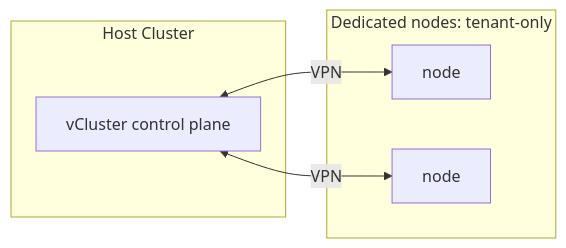
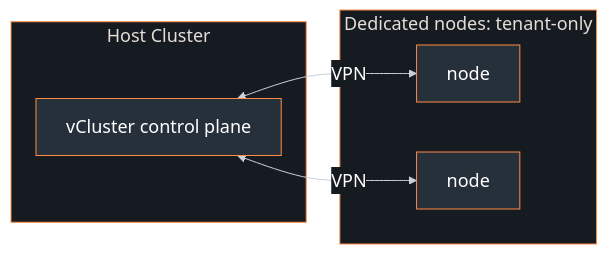
Before and after one commit to Piotr1215/youtube: the second of 4 diagrams in vcluster-multitenancy/presentation.md, drawn with Mermaid. The commit also changed other lines of this file, not shown here.

First line of the commit message:
feat(multitenancy): tighten deck flow and fix vnode demo timing

````diff
--- a/vcluster-multitenancy/presentation.md
+++ b/vcluster-multitenancy/presentation.md
@@ -327,12 +323,13 @@
 ```mermaid +render
+%%{init: {'theme':'base','themeVariables':{'primaryColor':'#26303b','primaryBorderColor':'#ff8c42','primaryTextColor':'#ffffff','secondaryColor':'#26303b','tertiaryColor':'#1b2129','lineColor':'#c9d1d9','textColor':'#ffffff','clusterBkg':'#161b22','clusterBorder':'#ff8c42','edgeLabelBackground':'#161b22','fontSize':'18px'}}}%%
 graph LR
     subgraph HOST["Host Cluster"]
         CP["vCluster control plane"]
     end
     subgraph PRIV["Dedicated nodes: tenant-only"]
         N1["node"]
         N2["node"]
     end
     CP <-->|VPN| N1
     CP <-->|VPN| N2
 ```
````
